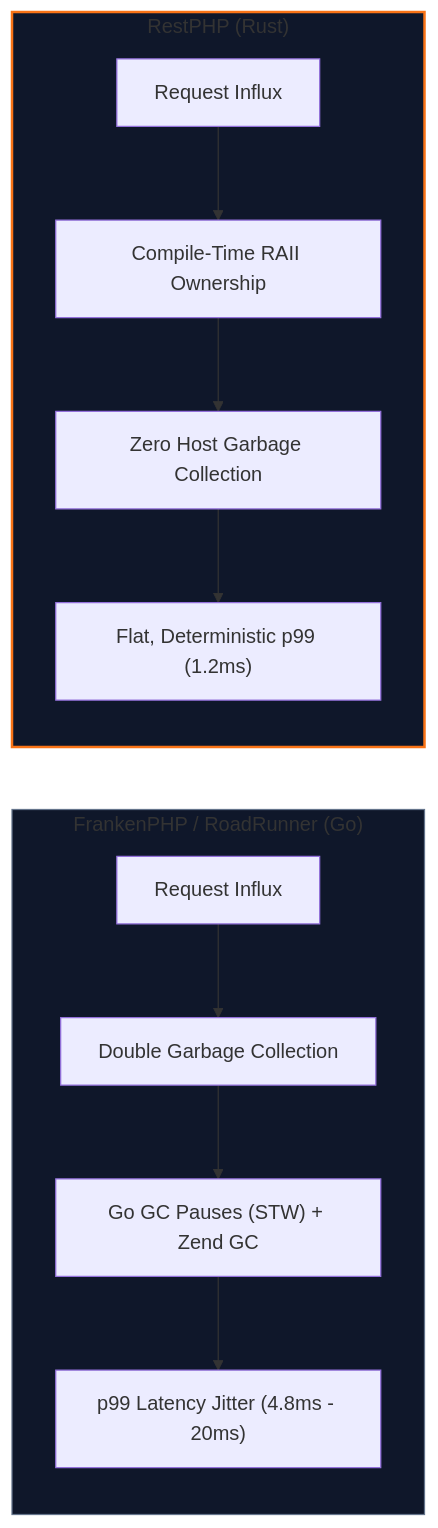
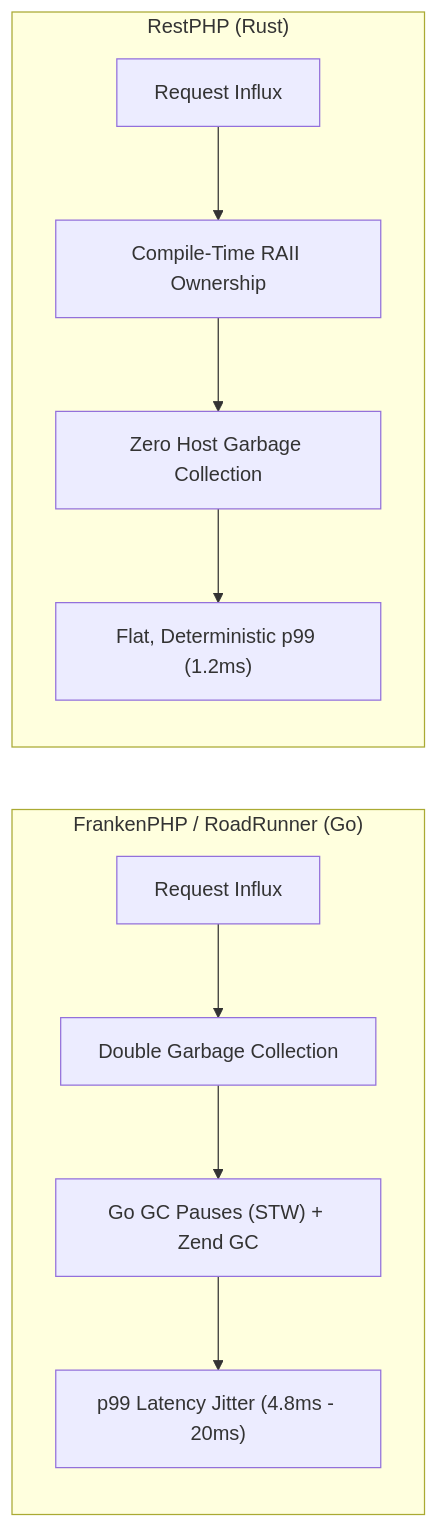
One commit to arsyadal/restphp changed the diagram in docs/runtime/zero-host-gc.md. Above: the diagram before and after it, drawn with Mermaid. The commit also changed 5 other files, not shown here.

Commit message:
fix(docs): render Mermaid architecture diagrams (#20)

````diff
--- a/docs/runtime/zero-host-gc.md
+++ b/docs/runtime/zero-host-gc.md
@@ -20,17 +20,15 @@
 ```mermaid
 graph LR
     subgraph Go_Runtimes ["FrankenPHP / RoadRunner (Go)"]
         G1[Request Influx] --> G2[Double Garbage Collection]
         G2 --> G3["Go GC Pauses (STW) + Zend GC"]
         G3 --> G4["p99 Latency Jitter (4.8ms - 20ms)"]
     end
 
     subgraph Rust_RestPHP ["RestPHP (Rust)"]
         R1[Request Influx] --> R2[Compile-Time RAII Ownership]
         R2 --> R3["Zero Host Garbage Collection"]
         R3 --> R4["Flat, Deterministic p99 (1.2ms)"]
     end
 
-    style Rust_RestPHP fill:#0f172a,stroke:#f97316,stroke-width:2px
-    style Go_Runtimes fill:#0f172a,stroke:#64748b,stroke-width:1px
 ```
````
